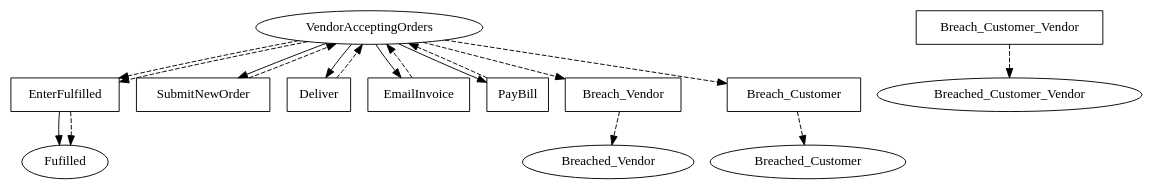
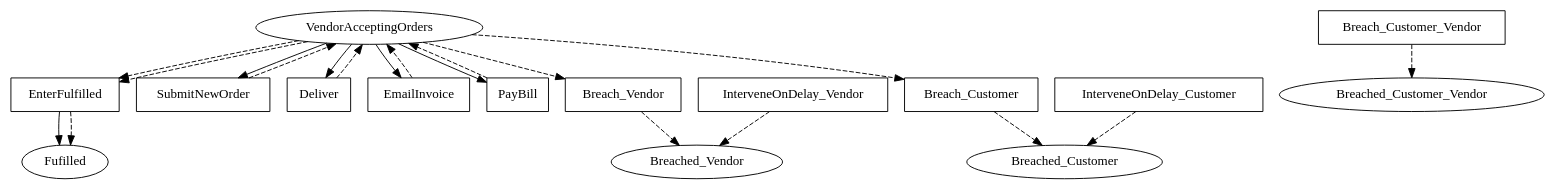
One commit to Marcao02/complaw-deeptech changed the diagram in linear_state_machine_language/pyL4/examples/out_graphviz/hvitved_master_sales_agreement_full_without_future_obligations.dot. Above: the diagram before and after it, drawn with Graphviz. The commit also changed 71 other files, not shown here.

Commit message:
eliminate `discretionary` and `should` keywords and introduce `Arbiter` Role and `interveneOnDelay` actions

```diff
--- a/linear_state_machine_language/pyL4/examples/out_graphviz/hvitved_master_sales_agreement_full_without_future_obligations.dot
+++ b/linear_state_machine_language/pyL4/examples/out_graphviz/hvitved_master_sales_agreement_full_without_future_obligations.dot
@@ -1,42 +1,46 @@
 // THIS IS A GENERATED FILE. DO NOT EDIT.
 
 digraph Master_Sales_Agreement {    
     Fulfilled[label=Fufilled];
     VendorAcceptingOrders[label=VendorAcceptingOrders];
 	Breached_Vendor[label=Breached_Vendor];
 	Breached_Customer[label=Breached_Customer];
 	Breached_Customer_Vendor[label=Breached_Customer_Vendor]
     
     EnterFulfilled[label=EnterFufilled,shape=box]; 
     EnterFulfilled[label=EnterFulfilled,shape=box];
 	SubmitNewOrder[label=SubmitNewOrder,shape=box];
 	Deliver[label=Deliver,shape=box];
 	EmailInvoice[label=EmailInvoice,shape=box];
 	PayBill[label=PayBill,shape=box];
 	Breach_Vendor[label=Breach_Vendor,shape=box];
 	Breach_Customer[label=Breach_Customer,shape=box];
-	Breach_Customer_Vendor[label=Breach_Customer_Vendor,shape=box]    
+	Breach_Customer_Vendor[label=Breach_Customer_Vendor,shape=box];
+	InterveneOnDelay_Customer[label=InterveneOnDelay_Customer,shape=box];
+	InterveneOnDelay_Vendor[label=InterveneOnDelay_Vendor,shape=box]    
     
     EnterFulfilled -> Fulfilled;
     
     VendorAcceptingOrders -> SubmitNewOrder;
 	VendorAcceptingOrders -> Deliver;
 	VendorAcceptingOrders -> Breach_Vendor [style=dashed];
 	VendorAcceptingOrders -> EmailInvoice;
 	VendorAcceptingOrders -> PayBill;
 	VendorAcceptingOrders -> Breach_Customer [style=dashed];
 	VendorAcceptingOrders -> EnterFulfilled [style=dashed];
 	VendorAcceptingOrders -> EnterFulfilled [style=dashed]
     
     EnterFulfilled -> Fulfilled [style=dashed];
 	SubmitNewOrder -> VendorAcceptingOrders [style=dashed];
 	Deliver -> VendorAcceptingOrders [style=dashed];
 	EmailInvoice -> VendorAcceptingOrders [style=dashed];
 	PayBill -> VendorAcceptingOrders [style=dashed];
 	Breach_Vendor -> Breached_Vendor [style=dashed];
 	Breach_Customer -> Breached_Customer [style=dashed];
 	Breach_Customer_Vendor -> Breached_Customer_Vendor [style=dashed];
+	InterveneOnDelay_Customer -> Breached_Customer [style=dashed];
+	InterveneOnDelay_Vendor -> Breached_Vendor [style=dashed];
 	     
     
        
 }
```
